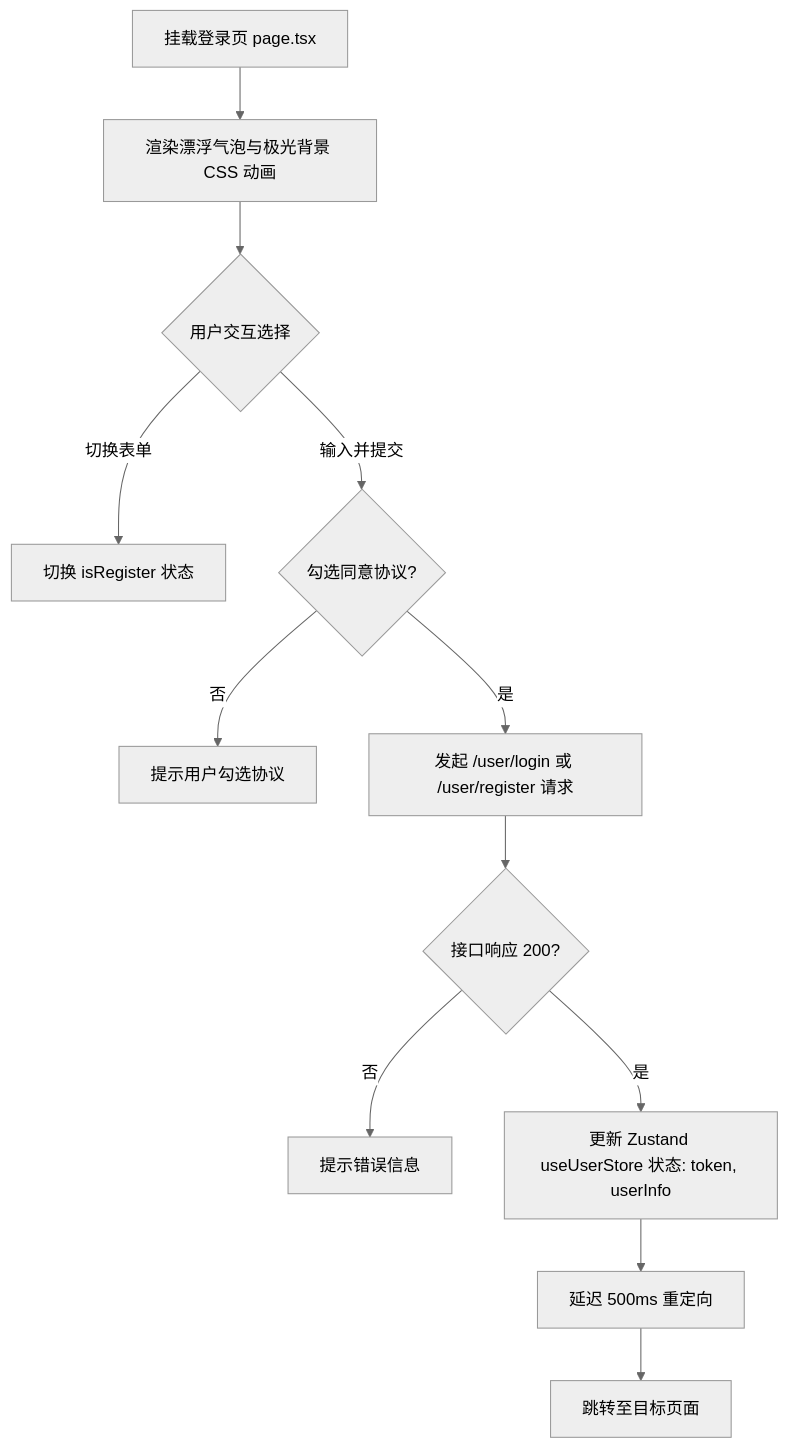
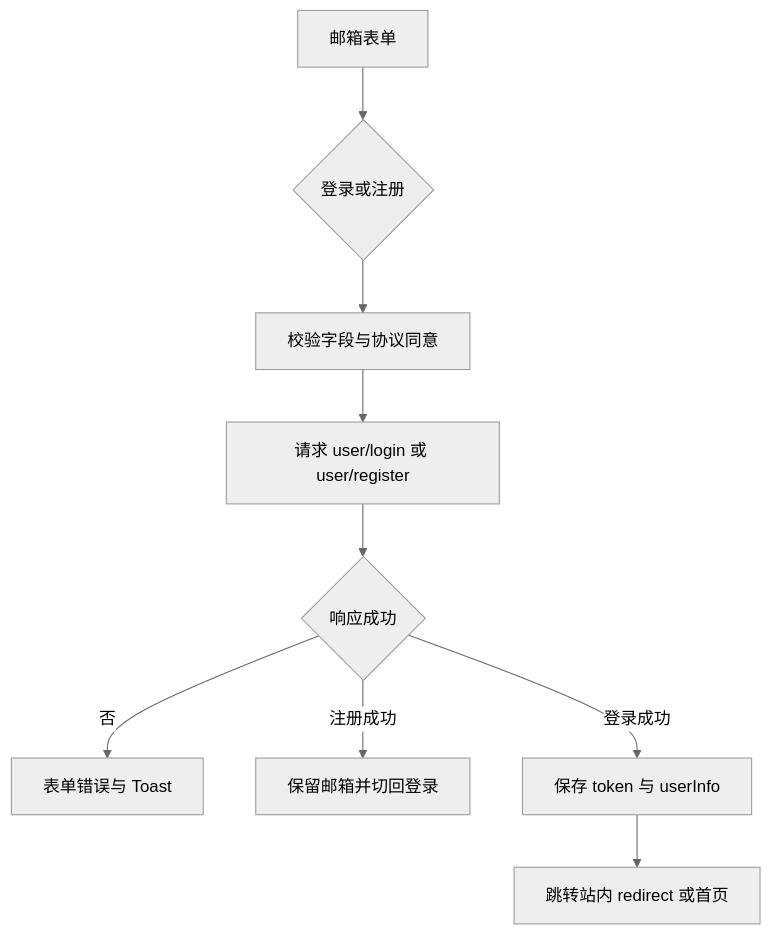
Before and after one commit to KlayPeter/man-shi-mai: the diagram in apps/web/src/app/login/Agent.md, drawn with Mermaid (neutral theme). The commit also changed other lines of this file and 40 other files, not shown here.

````diff
--- a/apps/web/src/app/login/Agent.md
+++ b/apps/web/src/app/login/Agent.md
@@ -13,14 +5,11 @@
 ```mermaid
-graph TD
-    Mount[挂载登录页 page.tsx] --> RenderBackground[渲染漂浮气泡与极光背景 CSS 动画]
-    RenderBackground --> Form{用户交互选择}
-    Form -- 切换表单 --> Toggle[切换 isRegister 状态]
-    Form -- 输入并提交 --> CheckAgree{勾选同意协议?}
-    CheckAgree -- 否 --> ShowToast[提示用户勾选协议]
-    CheckAgree -- 是 --> RequestAPI[发起 /user/login 或 /user/register 请求]
-    RequestAPI --> Success{接口响应 200?}
-    Success -- 否 --> FailToast[提示错误信息]
-    Success -- 是 --> SetStore[更新 Zustand useUserStore 状态: token, userInfo]
-    SetStore --> Delay[延迟 500ms 重定向]
-    Delay --> Redirect[跳转至目标页面]
+flowchart TD
+    A[邮箱表单] --> B{登录或注册}
+    B --> C[校验字段与协议同意]
+    C --> D[请求 user/login 或 user/register]
+    D --> E{响应成功}
+    E -->|否| F[表单错误与 Toast]
+    E -->|注册成功| G[保留邮箱并切回登录]
+    E -->|登录成功| H[保存 token 与 userInfo]
+    H --> I[跳转站内 redirect 或首页]
 ```
````
